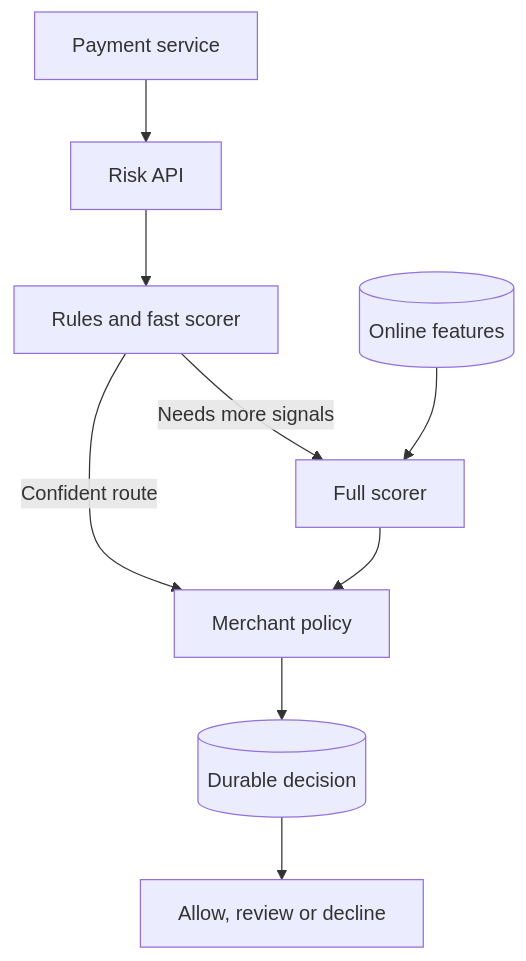
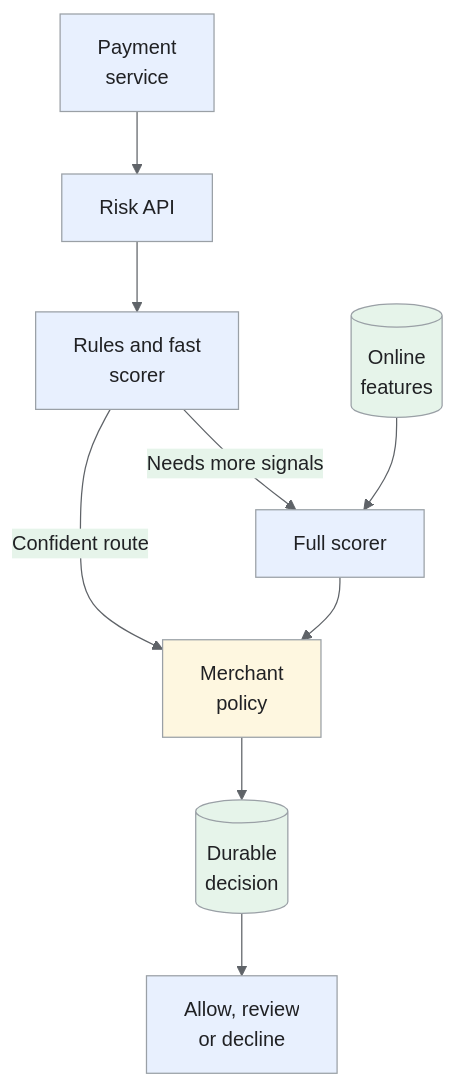
The first of 6 diagrams in _designs/system-design-ml-fraud-detection.md (iliazlobin/iliazlobin.github.io), drawn with Mermaid before and after one commit. The commit also changed other lines of this file and 131 other files, not shown here.

````diff
--- a/_designs/system-design-ml-fraud-detection.md
+++ b/_designs/system-design-ml-fraud-detection.md
@@ -129,11 +145,19 @@
 ```mermaid
+%%{init: {'theme':'base','themeVariables':{'primaryColor':'#e8f0fe','primaryTextColor':'#202124','primaryBorderColor':'#9aa0a6','lineColor':'#5f6368','secondaryColor':'#e6f4ea','tertiaryColor':'#fef7e0','actorBkg':'#e8f0fe','actorBorder':'#9aa0a6','actorTextColor':'#202124','noteBkgColor':'#fef7e0','noteTextColor':'#202124','noteBorderColor':'#9aa0a6','signalColor':'#5f6368','signalTextColor':'#202124','labelBoxBkgColor':'#fef7e0','labelBoxBorderColor':'#9aa0a6'}}}%%
 flowchart TB
-    P["Payment service"] --> API["Risk API"]
-    API --> FAST["Rules and fast scorer"]
+    P["Payment<br>service"] --> API["Risk API"]
+    API --> FAST["Rules and fast<br>scorer"]
     FAST -->|"Needs more signals"| FULL["Full scorer"]
-    FAST -->|"Confident route"| POLICY["Merchant policy"]
+    FAST -->|"Confident route"| POLICY["Merchant<br>policy"]
     FULL --> POLICY
-    F[("Online features")] --> FULL
-    POLICY --> D[("Durable decision")]
-    D --> OUT["Allow, review or decline"]
+    F[("Online<br>features")] --> FULL
+    POLICY --> D[("Durable<br>decision")]
+    D --> OUT["Allow, review<br>or decline"]
+classDef request fill:#e8f0fe,stroke:#9aa0a6,color:#202124;
+classDef data fill:#e6f4ea,stroke:#9aa0a6,color:#202124;
+classDef control fill:#fef7e0,stroke:#9aa0a6,color:#202124;
+class P,API,FAST,FULL,OUT request;
+class F,D data;
+class POLICY control;
+
 ```
````
